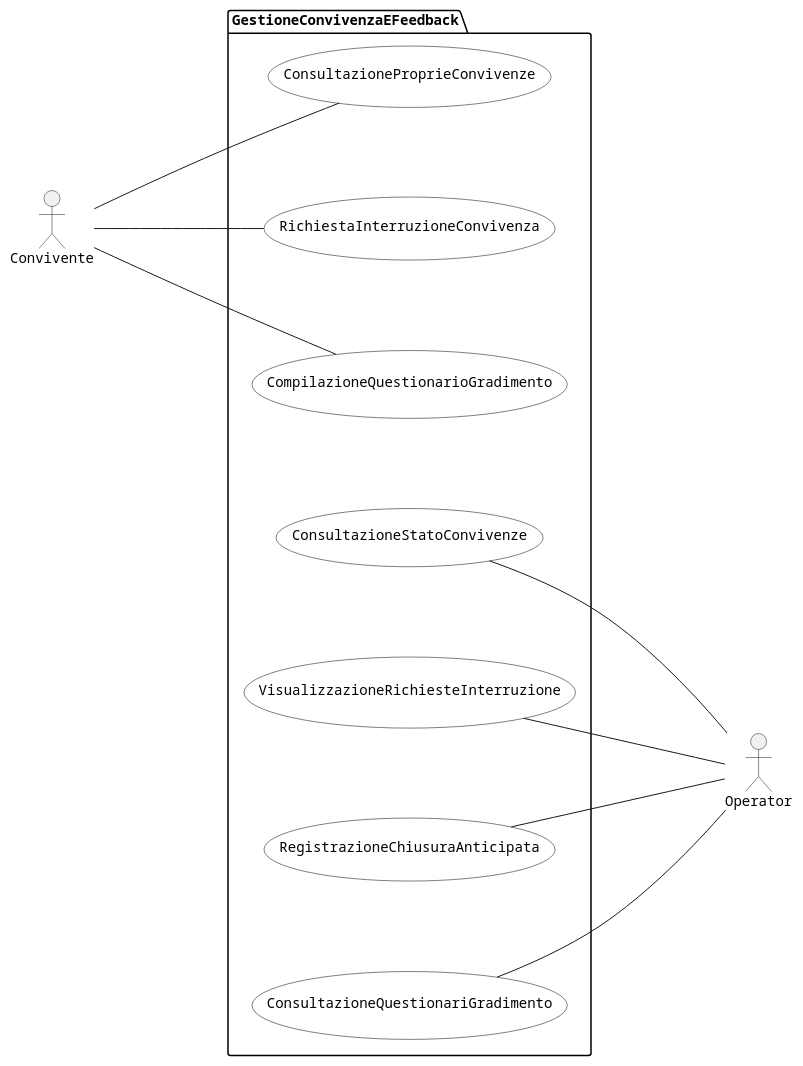
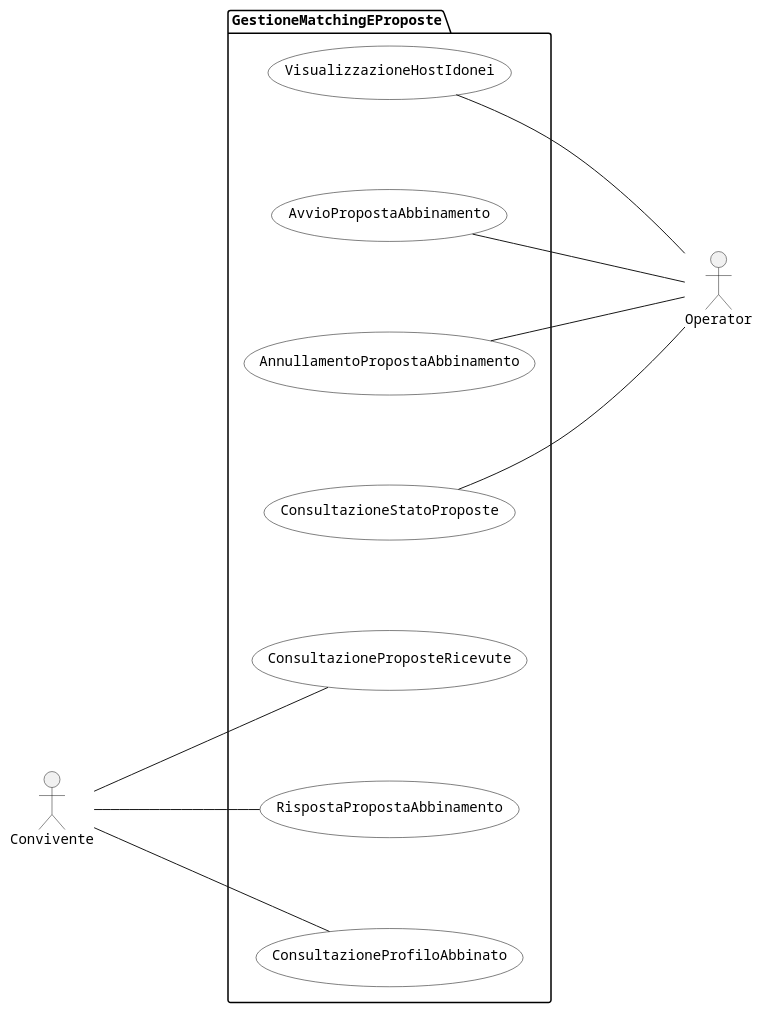
Before and after one commit to I-Need-C17/I-Need: the diagram in docs/rad/modelli/UCD/UCD_GestioneMatchingEProposte.puml, drawn with PlantUML. The commit also changed 14 other files, not shown here.

```diff
--- a/docs/rad/modelli/UCD/UCD_GestioneMatchingEProposte.puml
+++ b/docs/rad/modelli/UCD/UCD_GestioneMatchingEProposte.puml
@@ -1,68 +1,66 @@
-@startuml I-Need_UCD_GestioneConvivenzaEFeedback
+@startuml I-Need_UCD_GestioneMatchingEProposte
 
 ' ============================================================
 '  I-Need - Use Case Diagram del package
-'  GestioneConvivenzaEFeedback (RF_GC)
+'  GestioneMatchingEProposte (RF_GM)
 '  Notazione Bruegge & Dutoit: monocromatico, attori stick-figure,
 '  use case come ellissi, associazioni come linee semplici,
 '  <<include>> (freccia tratteggiata) dallo use case che include
 '  verso lo use case incluso.
 '  Il Login non e' modellato come <<include>>: l'autenticazione
-'  e' parte della entry condition (vedi UC_GC_1 nel RAD).
-'  Nomi allineati a UC_GC_1 "Consultazione stato convivenze".
+'  e' parte della entry condition (vedi UC_GM_1 e UC_GM_2 nel RAD).
+'  Il package GestioneRichiesteAbitative e' riportato solo con lo
+'  use case da cui parte il matching.
 ' ============================================================
 
 left to right direction
 skinparam monochrome true
 skinparam shadowing false
 skinparam ranksep 150
 skinparam nodesep 90
 skinparam defaultFontName "Courier"
 skinparam defaultFontStyle bold
 skinparam actorStyle default
 skinparam packageStyle folder
 skinparam usecase {
   BackgroundColor white
   BorderColor black
 }
 skinparam package {
   BackgroundColor white
   BorderColor black
 }
 
 ' ---------------- Attori ----------------
 actor Convivente
 actor Operator
 
+package GestioneMatchingEProposte {
+  ' RF_GM_1, RF_GM_2
+  usecase "VisualizzazioneHostIdonei"     as UC_HostIdonei
+  ' RF_GM_3
+  usecase "AvvioPropostaAbbinamento"      as UC_Invio
+   usecase "AnnullamentoPropostaAbbinamento"      as UC_Ann
+  ' RF_GM_10
+  usecase "ConsultazioneStatoProposte" as UC_ElencoProp
+  ' RF_GM_4, RF_GM_5
+  usecase "ConsultazioneProposteRicevute" as UC_ConsProp
+  ' RF_GM_6, RF_GM_7, RF_GM_8, RF_GM_9 (UC_GM_2)
+  usecase "RispostaPropostaAbbinamento"   as UC_Risposta
+  ' RF_GM_11, RF_GM_12
+  usecase "ConsultazioneProfiloAbbinato"  as UC_ProfAbb
 
-
-package GestioneConvivenzaEFeedback {
-  ' RF_GC_1, RF_GC_2
-  usecase "ConsultazioneProprieConvivenze"       as UC_ConsProprie
-
-  ' RF_GC_4, RF_GC_5
-  usecase "RichiestaInterruzioneConvivenza"      as UC_RichInterr
-  ' RF_GC_8, RF_GC_9
-  usecase "CompilazioneQuestionarioGradimento"   as UC_CompGrad
-  ' RF_GC_3 (UC_GC_1)
-  usecase "ConsultazioneStatoConvivenze"         as UC_ConsStato
-  ' RF_GC_6
-  usecase "VisualizzazioneRichiesteInterruzione" as UC_VisInterr
-  ' RF_GC_7
-  usecase "RegistrazioneChiusuraAnticipata"      as UC_Chiusura
-  ' RF_GC_10
-  usecase "ConsultazioneQuestionariGradimento"   as UC_ConsGrad
 }
 
 ' ---------------- Associazioni attori ----------------
-Convivente -- UC_ConsProprie
-Convivente -- UC_RichInterr
-Convivente -- UC_CompGrad
+Convivente -- UC_ConsProp
+Convivente -- UC_Risposta
+Convivente -- UC_ProfAbb
 
-UC_ConsStato -- Operator
-UC_VisInterr -- Operator
-UC_Chiusura  -- Operator
-UC_ConsGrad  -- Operator
+UC_HostIdonei -- Operator
+UC_Invio      -- Operator
+UC_ElencoProp -- Operator
+UC_Ann -- Operator
 
 
 @enduml
```
